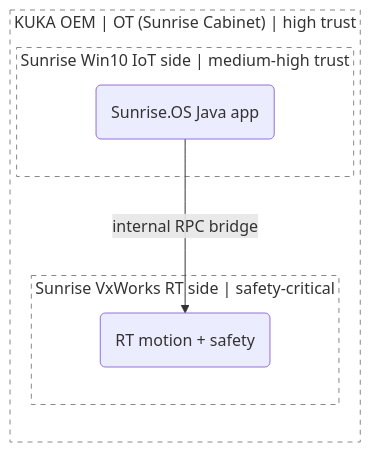
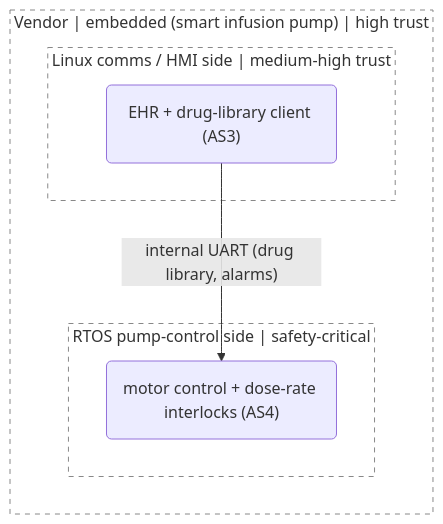
Before and after one commit to tmart234/threat-model-claude-skill: the second of 2 diagrams in references/dfd-mermaid.md, drawn with Mermaid. The commit also changed other lines of this file and 2 other files, not shown here.

First line of the commit message:
Swap surgical-robot example for medical infusion pump, tag worked examples with AS#, trim redundancy

````diff
--- a/references/dfd-mermaid.md
+++ b/references/dfd-mermaid.md
@@ -171,14 +172,14 @@
 ```mermaid
 flowchart LR
-    subgraph Cabinet["KUKA OEM | OT (Sunrise Cabinet) | high trust"]
-        subgraph CabWin["Sunrise Win10 IoT side | medium-high trust"]
-            SunWin(Sunrise.OS Java app)
+    subgraph Pump["Vendor | embedded (smart infusion pump) | high trust"]
+        subgraph PumpComms["Linux comms / HMI side | medium-high trust"]
+            CommsApp("EHR + drug-library client (AS3)")
         end
-        subgraph CabRT["Sunrise VxWorks RT side | safety-critical"]
-            SunRT(RT motion + safety)
+        subgraph PumpRT["RTOS pump-control side | safety-critical"]
+            CtrlApp("motor control + dose-rate interlocks (AS4)")
         end
-        SunWin -- "internal RPC bridge" --> SunRT
+        CommsApp -- "internal UART (drug library, alarms)" --> CtrlApp
     end
     classDef tb fill:none,stroke:#888,stroke-dasharray: 5 5
-    class Cabinet,CabWin,CabRT tb
+    class Pump,PumpComms,PumpRT tb
 ```
````
